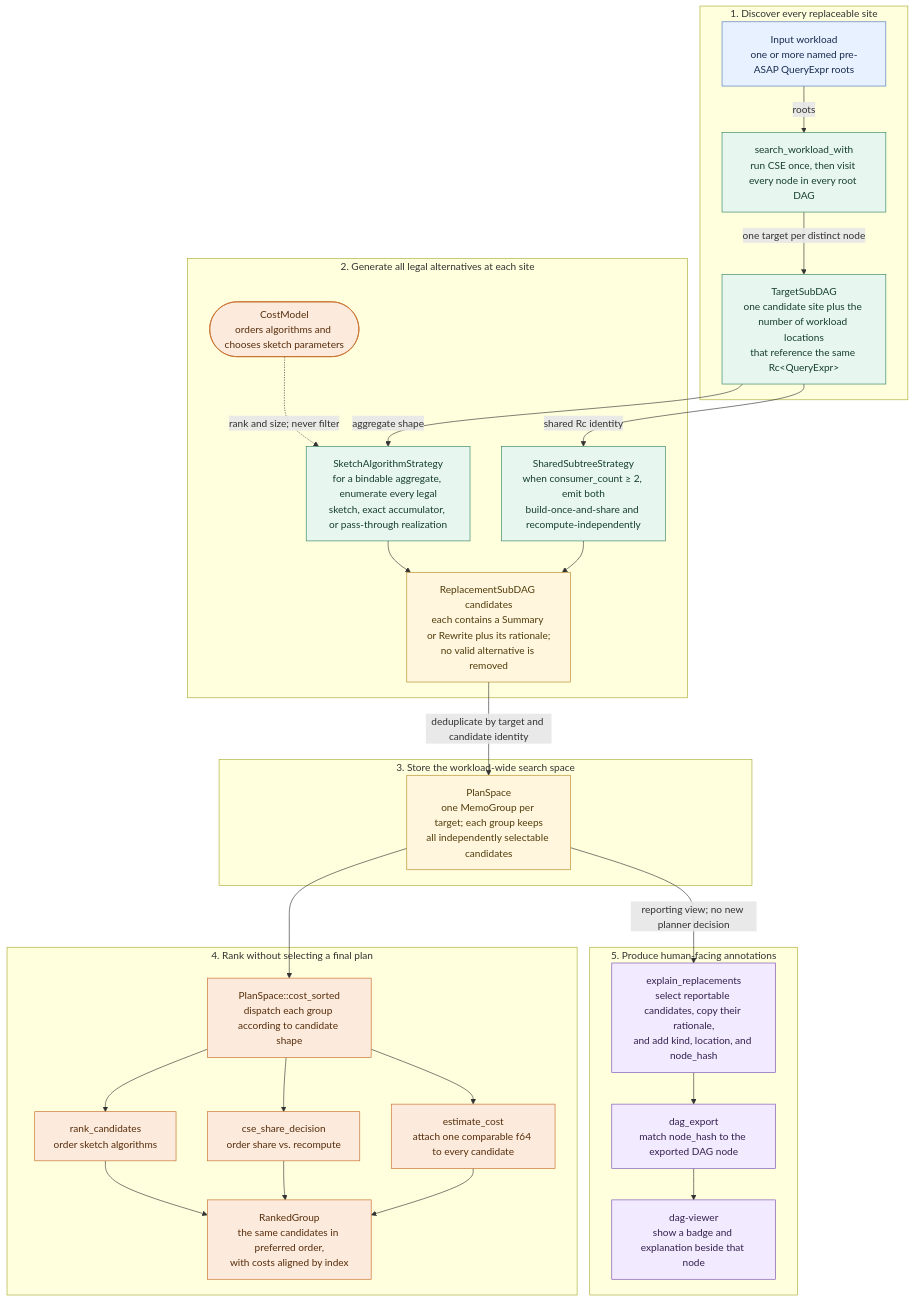
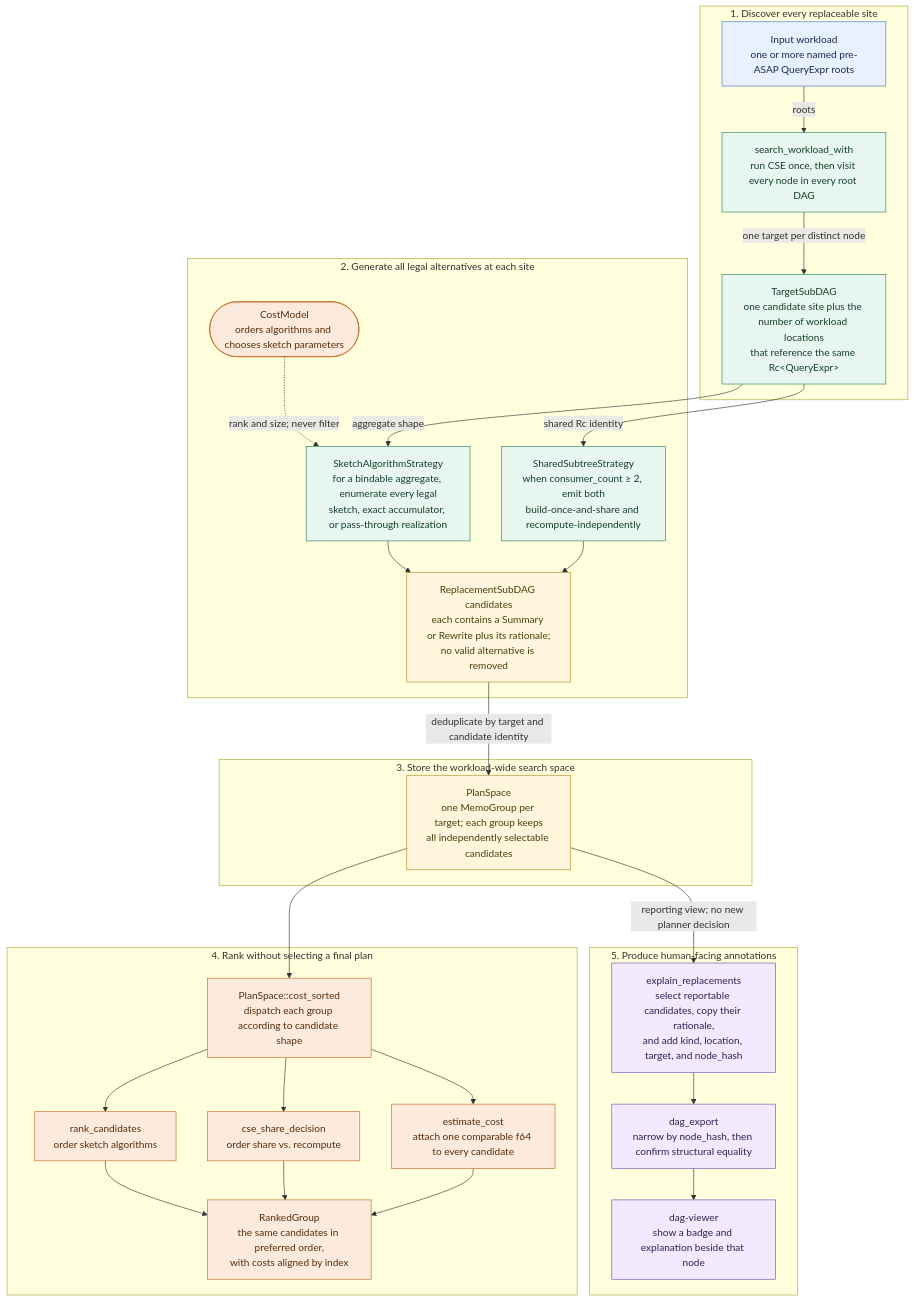
One commit to ProjectASAP/ASAPPlanner changed the first of 6 diagrams in docs/developer_docs/ASAP-aware-mapping-developer-guide.md. Above: the diagram before and after it, drawn with Mermaid. The commit also changed other lines of this file and 13 other files, not shown here.

````diff
--- a/docs/developer_docs/ASAP-aware-mapping-developer-guide.md
+++ b/docs/developer_docs/ASAP-aware-mapping-developer-guide.md
@@ -48,49 +48,49 @@
 ```mermaid
 flowchart TB
   classDef input fill:#e8f1ff,stroke:#4b78b8,color:#172b4d
   classDef generate fill:#e7f7ef,stroke:#31835e,color:#173f2d
   classDef store fill:#fff6dd,stroke:#b78922,color:#513d0c
   classDef choose fill:#fcebdc,stroke:#c46a25,color:#572d0c
   classDef report fill:#f2eafe,stroke:#7950b3,color:#34204f
 
   subgraph DISCOVERY[1. Discover every replaceable site]
     WL["Input workload<br/>one or more named pre-ASAP QueryExpr roots"]:::input
     SEARCH["search_workload_with<br/>run CSE once, then visit every node in every root DAG"]:::generate
     TARGET["TargetSubDAG<br/>one candidate site plus the number of workload locations<br/>that reference the same Rc&lt;QueryExpr&gt;"]:::generate
     WL -->|"roots"| SEARCH -->|"one target per distinct node"| TARGET
   end
 
   subgraph GENERATION[2. Generate all legal alternatives at each site]
     SKETCH["SketchAlgorithmStrategy<br/>for a bindable aggregate, enumerate every legal<br/>sketch, exact accumulator, or pass-through realization"]:::generate
     SHARED["SharedSubtreeStrategy<br/>when consumer_count ≥ 2, emit both<br/>build-once-and-share and recompute-independently"]:::generate
     CAND["ReplacementSubDAG candidates<br/>each contains a Summary or Rewrite plus its rationale;<br/>no valid alternative is removed"]:::store
     TARGET -->|"aggregate shape"| SKETCH --> CAND
     TARGET -->|"shared Rc identity"| SHARED --> CAND
     CM(["CostModel<br/>orders algorithms and chooses sketch parameters"]):::choose
     CM -. "rank and size; never filter" .-> SKETCH
   end
 
   subgraph SEARCHSPACE[3. Store the workload-wide search space]
     MEMO["PlanSpace<br/>one MemoGroup per target; each group keeps<br/>all independently selectable candidates"]:::store
     CAND -->|"deduplicate by target and candidate identity"| MEMO
   end
 
   subgraph RANKING[4. Rank without selecting a final plan]
     SORT["PlanSpace::cost_sorted<br/>dispatch each group according to candidate shape"]:::choose
     RANK["rank_candidates<br/>order sketch algorithms"]:::choose
     CSE["cse_share_decision<br/>order share vs. recompute"]:::choose
     COST["estimate_cost<br/>attach one comparable f64 to every candidate"]:::choose
     GROUP["RankedGroup<br/>the same candidates in preferred order,<br/>with costs aligned by index"]:::choose
     MEMO --> SORT
     SORT --> RANK --> GROUP
     SORT --> CSE --> GROUP
     SORT --> COST --> GROUP
   end
 
   subgraph REPORTING[5. Produce human-facing annotations]
-    EXPLAIN["explain_replacements<br/>select reportable candidates, copy their rationale,<br/>and add kind, location, and node_hash"]:::report
-    EXPORT["dag_export<br/>match node_hash to the exported DAG node"]:::report
+    EXPLAIN["explain_replacements<br/>select reportable candidates, copy their rationale,<br/>and add kind, location, target, and node_hash"]:::report
+    EXPORT["dag_export<br/>narrow by node_hash, then confirm structural equality"]:::report
     VIEWER["dag-viewer<br/>show a badge and explanation beside that node"]:::report
     MEMO -->|"reporting view; no new planner decision"| EXPLAIN --> EXPORT --> VIEWER
   end
 ```
````
